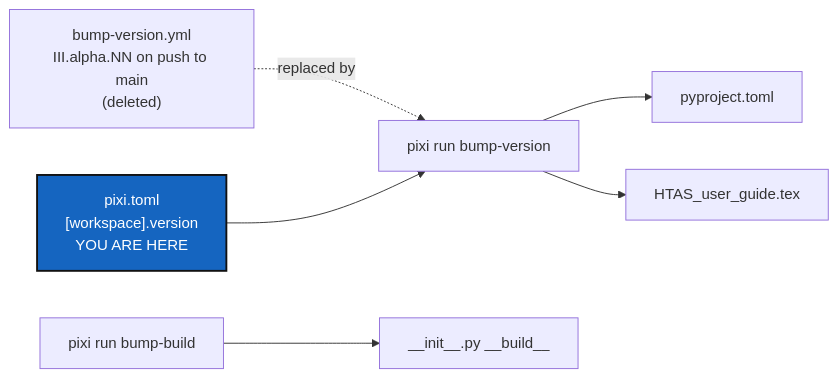
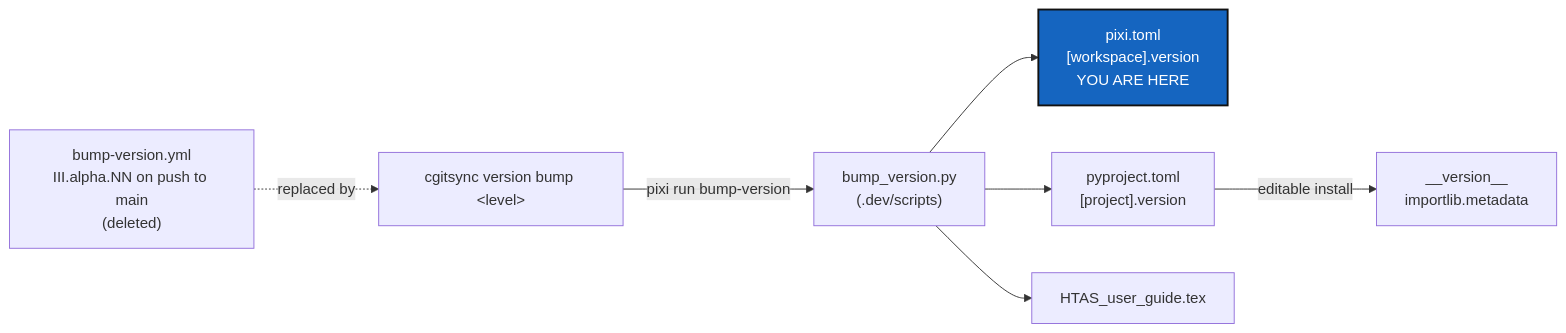
One commit to flipoyo/.dev changed the diagram in DevTickets/openTickets/HT-BETA_1-1_SemVerPixi_DevPlanTicket.md. Above: the diagram before and after it, drawn with Mermaid. The commit also changed other lines of this file and 3 other files, not shown here.

````diff
--- a/DevTickets/openTickets/HT-BETA_1-1_SemVerPixi_DevPlanTicket.md
+++ b/DevTickets/openTickets/HT-BETA_1-1_SemVerPixi_DevPlanTicket.md
@@ -26,11 +42,12 @@
 ```mermaid
 graph LR
-    OLD["bump-version.yml<br/>III.alpha.NN on push to main<br/>(deleted)"] -.->|replaced by| BV
-    P["pixi.toml<br/>[workspace].version<br/>YOU ARE HERE"] --> BV["pixi run bump-version"]
-    BV --> PY["pyproject.toml"]
+    OLD["bump-version.yml<br/>III.alpha.NN on push to main<br/>(deleted)"] -.->|replaced by| CV
+    CV["cgitsync version bump &lt;level&gt;"] -->|"pixi run bump-version"| BV["bump_version.py<br/>(.dev/scripts)"]
+    BV --> P["pixi.toml<br/>[workspace].version<br/>YOU ARE HERE"]
+    BV --> PY["pyproject.toml<br/>[project].version"]
     BV --> TEX["HTAS_user_guide.tex"]
-    BB["pixi run bump-build"] --> INIT["__init__.py __build__"]
+    PY -->|"editable install"| V["__version__<br/>importlib.metadata"]
 
     classDef here fill:#1565C0,color:#fff,stroke:#111,stroke-width:2px;
     class P here;
 ```
````
